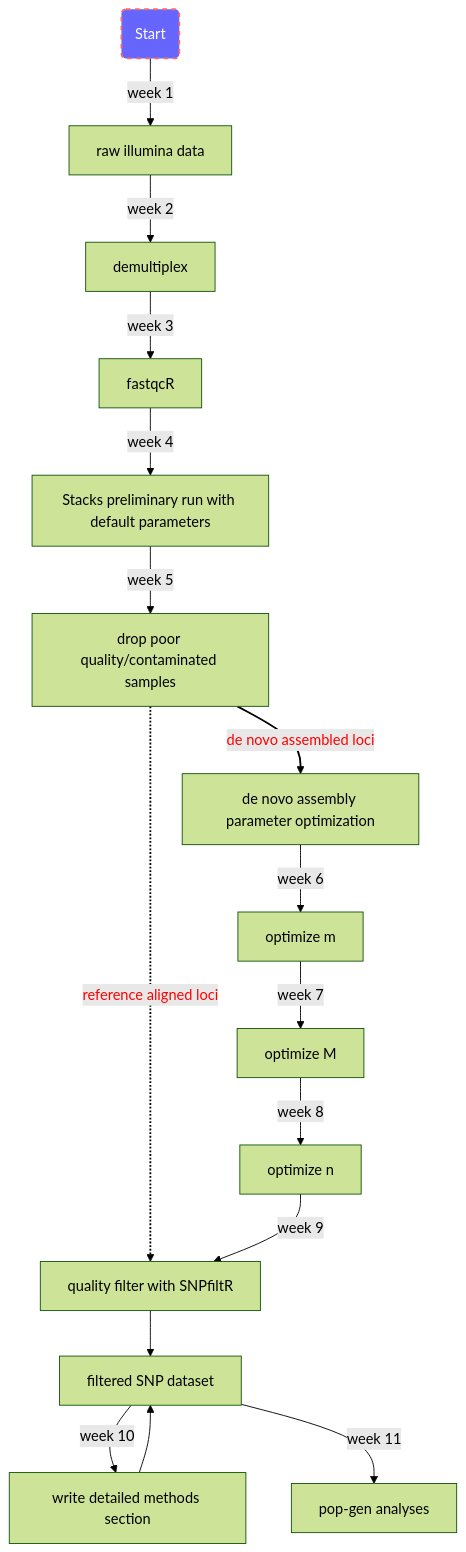
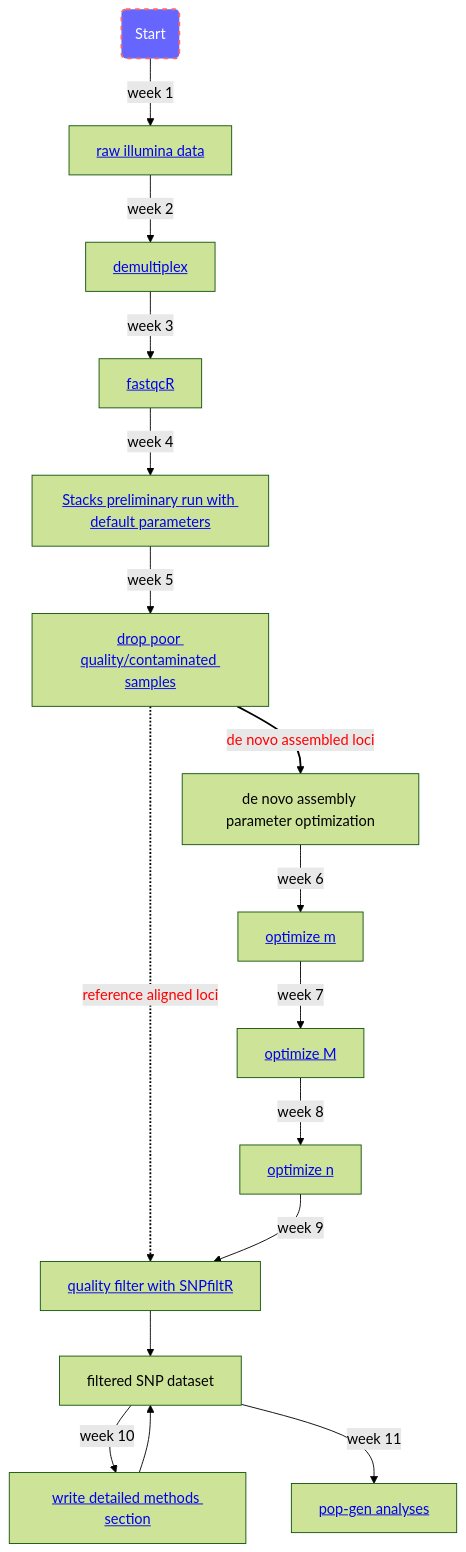
One commit to DevonDeRaad/Fall.2022.RAD.workshop changed the diagram in README.md. Above: the diagram before and after it, drawn with Mermaid (forest theme).

````diff
--- a/README.md
+++ b/README.md
@@ -7,32 +7,32 @@
 ```mermaid
 graph TD
-id1(Start) -- week 1 --> a[raw illumina data]
+id1(Start) -- week 1 --> a[<a href='https://github.com/DevonDeRaad/Fall.2022.RAD.workshop/tree/main/week1'>raw illumina data]
 style id1 fill:#6666FF,stroke:#f66,stroke-width:2px,color:#fff,stroke-dasharray: 5 5
-a -- week 2 --> b[demultiplex]
-b -- week 3 --> c[fastqcR]
-c -- week 4 --> d[Stacks preliminary run with default parameters]
-d -- week 5 --> e[drop poor quality/contaminated samples]
-e -. reference aligned loci .-> f[quality filter with SNPfiltR]
+a -- week 2 --> b[<a href='https://github.com/DevonDeRaad/Fall.2022.RAD.workshop/tree/main/week2'>demultiplex]
+b -- week 3 --> c[<a href='https://github.com/DevonDeRaad/Fall.2022.RAD.workshop/tree/main/week3'>fastqcR]
+c -- week 4 --> d[<a href='https://github.com/DevonDeRaad/Fall.2022.RAD.workshop/tree/main/week4'>Stacks preliminary run with default parameters]
+d -- week 5 --> e[<a href='https://github.com/DevonDeRaad/Fall.2022.RAD.workshop/tree/main/week5'>drop poor quality/contaminated samples]
+e -. reference aligned loci .-> f[<a href='https://github.com/DevonDeRaad/Fall.2022.RAD.workshop/tree/main/week9'>quality filter with SNPfiltR]
 e -- de novo assembled loci --> g[de novo assembly parameter optimization]
-g -- week 6 --> h[optimize m]
-h -- week 7 --> i[optimize M]
-i -- week 8 --> j[optimize n]
+g -- week 6 --> h[<a href='https://github.com/DevonDeRaad/Fall.2022.RAD.workshop/tree/main/week6'>optimize m]
+h -- week 7 --> i[<a href='https://github.com/DevonDeRaad/Fall.2022.RAD.workshop/tree/main/week7'>optimize M]
+i -- week 8 --> j[<a href='https://github.com/DevonDeRaad/Fall.2022.RAD.workshop/tree/main/week8'>optimize n]
 j -- week 9 --> f
 f --> k[filtered SNP dataset]
-k -- week 10 --> p[write detailed methods section]
+k -- week 10 --> p[<a href='https://github.com/DevonDeRaad/Fall.2022.RAD.workshop/tree/main/week10'>write detailed methods section]
 p --> k
-k -- week 11 --> m[pop-gen analyses]
+k -- week 11 --> m[<a href='https://github.com/DevonDeRaad/Fall.2022.RAD.workshop/tree/main/week11'>pop-gen analyses]
 linkStyle 5 stroke-width:2px,fill:none,color:red;
 linkStyle 6 stroke-width:2px,fill:none,color:red;
 click a "https://github.com/DevonDeRaad/Fall.2022.RAD.workshop/tree/main/week1" _blank
 click b "https://github.com/DevonDeRaad/Fall.2022.RAD.workshop/tree/main/week2" _blank
 click c "https://github.com/DevonDeRaad/Fall.2022.RAD.workshop/tree/main/week3" _blank
 click d "https://github.com/DevonDeRaad/Fall.2022.RAD.workshop/tree/main/week4" _blank
 click e "https://github.com/DevonDeRaad/Fall.2022.RAD.workshop/tree/main/week5" _blank
 click f "https://github.com/DevonDeRaad/Fall.2022.RAD.workshop/tree/main/week9" _blank
 click h "https://github.com/DevonDeRaad/Fall.2022.RAD.workshop/tree/main/week6" _blank
 click i "https://github.com/DevonDeRaad/Fall.2022.RAD.workshop/tree/main/week7" _blank
 click j "https://github.com/DevonDeRaad/Fall.2022.RAD.workshop/tree/main/week8" _blank
 click p "https://github.com/DevonDeRaad/Fall.2022.RAD.workshop/tree/main/week10" _blank
 click m "https://github.com/DevonDeRaad/Fall.2022.RAD.workshop/tree/main/week11" _blank
 ```
````
